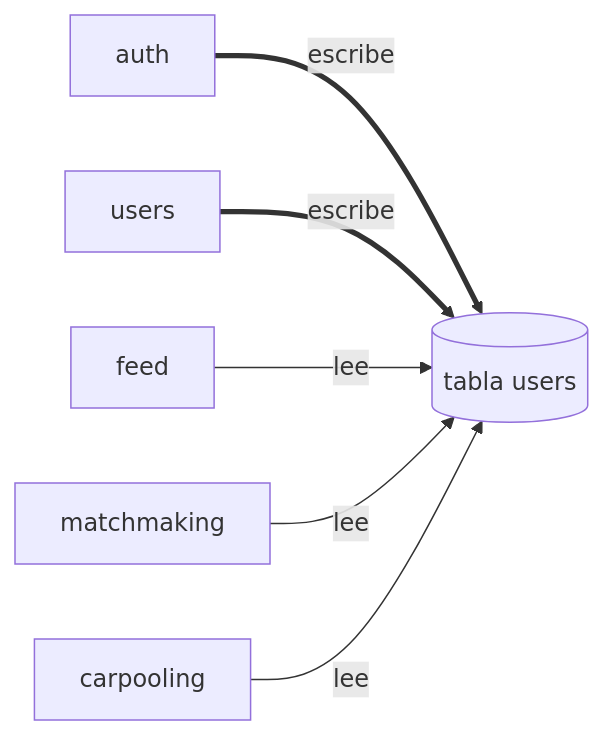
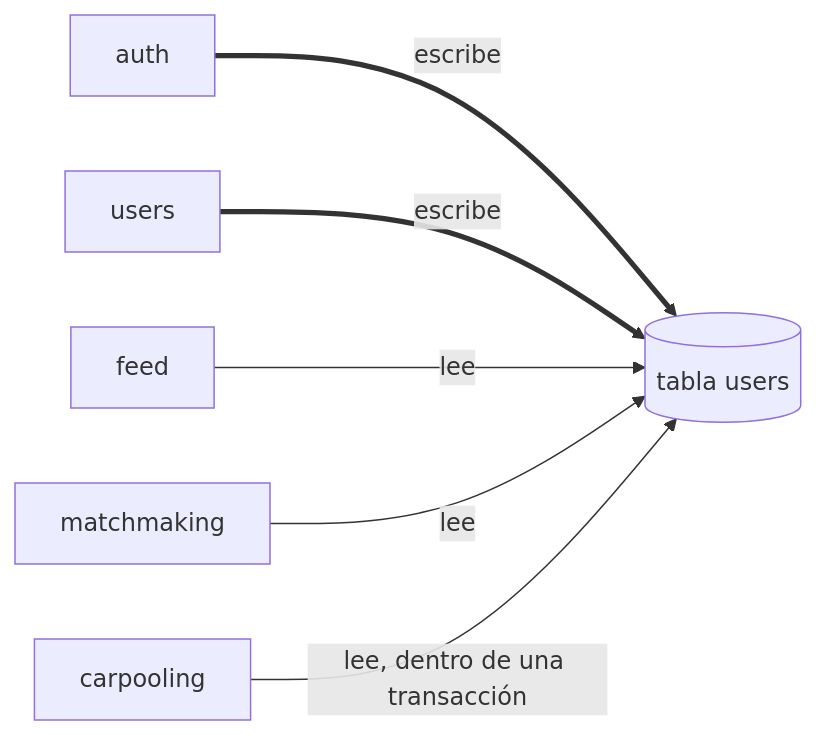
Before and after one commit to pillacarodriguezuriel-a11y/social_unsch: the fourth of 4 diagrams in docs/04-modelo-c4/03-componentes-del-backend.md, drawn with Mermaid. The commit also changed other lines of this file and 44 other files, not shown here.

````diff
--- a/docs/04-modelo-c4/03-componentes-del-backend.md
+++ b/docs/04-modelo-c4/03-componentes-del-backend.md
@@ -102,8 +157,8 @@
 ```mermaid
 flowchart LR
     AUTH["auth"] == "escribe" ==> U[("tabla users")]
     USERS["users"] == "escribe" ==> U
     FEED["feed"] -- "lee" --> U
     MATCH["matchmaking"] -- "lee" --> U
-    CARP["carpooling"] -- "lee" --> U
+    CARP["carpooling"] -- "lee, dentro de una transacción" --> U
 ```
````
